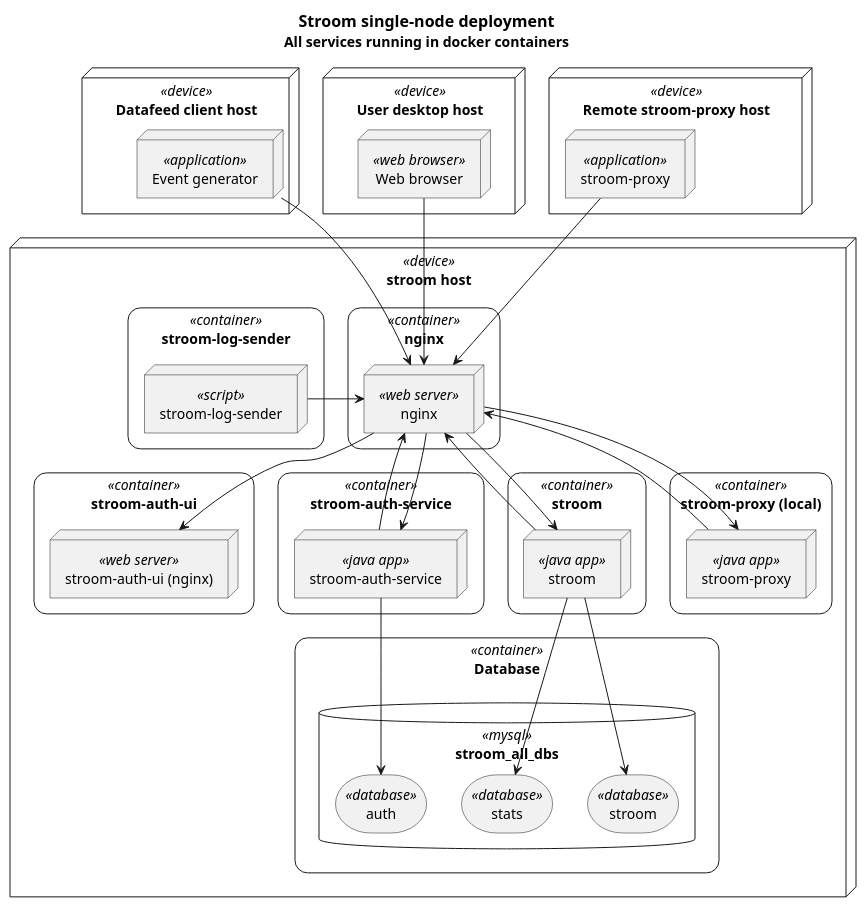
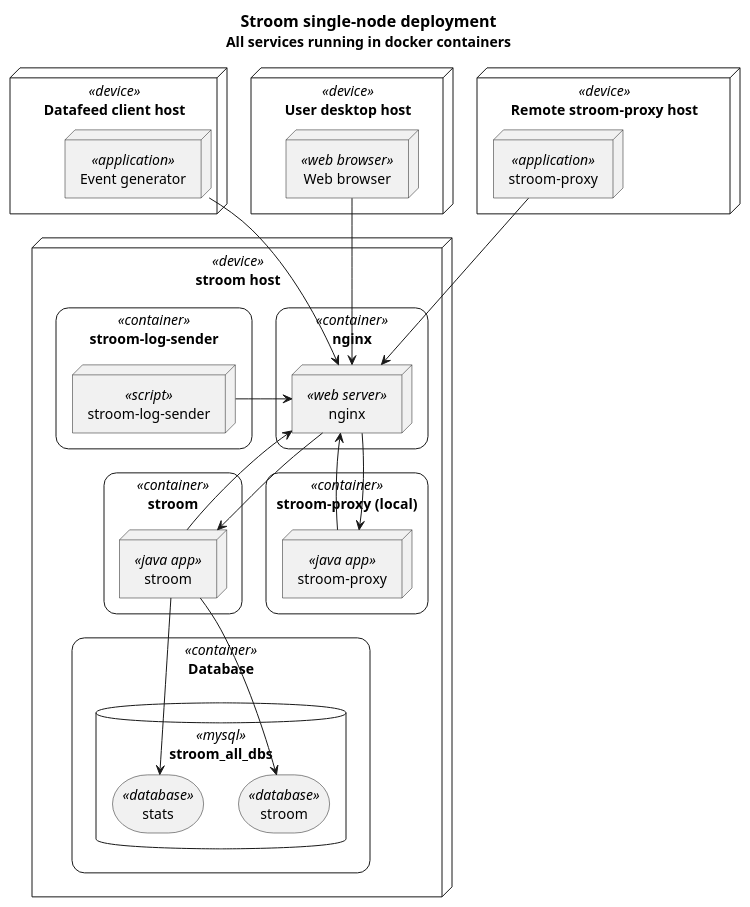
The diagram in assets/images/architecture/stroom-6-deployment-docker-single.puml (gchq/stroom-docs), drawn with PlantUML before and after one commit. The commit also changed 1 other file, not shown here.

Commit message:
Remove auth from architecture puml files

```diff
--- a/assets/images/architecture/stroom-6-deployment-docker-single.puml
+++ b/assets/images/architecture/stroom-6-deployment-docker-single.puml
@@ -1,84 +1,71 @@
 @startuml
 
 title
     ==Stroom single-node deployment
     All services running in docker containers
 end title
 
 ' define a style for the containers
 skinparam rectangle {
 	roundCorner<<container>> 25
 }
 
 ' Client hosts
 node "Datafeed client host" as dataload_client_host <<device>> {
     node "Event generator" as dataload_client_app <<application>>
 }
 
 node "User desktop host" as ui_client_host <<device>> {
     node "Web browser" as ui_client_browser <<web browser>>
 }
 
 node "Remote stroom-proxy host" as remote_proxy_host <<device>> {
     node "stroom-proxy" as remote_proxy <<application>>
 }
 
 
 ' Single stroom node
 node "stroom host" as stroom_host <<device>> {
     rectangle "nginx" as nginx_container <<container>>{
         node "nginx" as nginx <<web server>>
     }
 
-    rectangle "stroom-auth-ui" as stroom_auth_ui_container <<container>>{
-        node "stroom-auth-ui (nginx)" as stroom_auth_ui_nginx <<web server>>
-    }
-
-    rectangle "stroom-auth-service" as stroom_auth_service_container <<container>>{
-        node "stroom-auth-service" as stroom_auth_service_dropwiz <<java app>>
-    }
-
     rectangle "stroom" as stroom_container <<container>>{
         node "stroom" as stroom_dropwiz <<java app>>
     }
 
     rectangle "stroom-proxy (local)" as stroom_proxy_container <<container>>{
         node "stroom-proxy" as stroom_proxy_dropwiz <<java app>>
     }
 
     rectangle "stroom-log-sender" as stroom_log_sender <<container>>{
         node "stroom-log-sender" as stroom_log_sender_script <<script>>
     }
 
     rectangle "Database" as database_container <<container>>{
         database stroom_all_dbs <<mysql>> {
             storage "stroom" as stroom_db <<database>>
             storage "stats" as stroom_stats_db <<database>>
-            storage "auth" as stroom_auth_db <<database>>
         }
     }
 
     'DB connections
-    stroom_auth_service_dropwiz --> stroom_auth_db
     stroom_dropwiz --> stroom_db
     stroom_dropwiz --> stroom_stats_db
 
     ' API calls
     stroom_dropwiz --> nginx
     stroom_proxy_dropwiz --> nginx
-    stroom_auth_service_dropwiz --> nginx
     stroom_log_sender_script -left-> nginx
 
     'Reverse proxy connections
-    nginx --> stroom_auth_ui_nginx
-    nginx --> stroom_auth_service_dropwiz
     nginx --> stroom_dropwiz
     nginx --> stroom_proxy_dropwiz
 }
 
 'Client connections
 ui_client_browser --> nginx
 dataload_client_app --> nginx
 remote_proxy --> nginx
 
 @enduml
```
